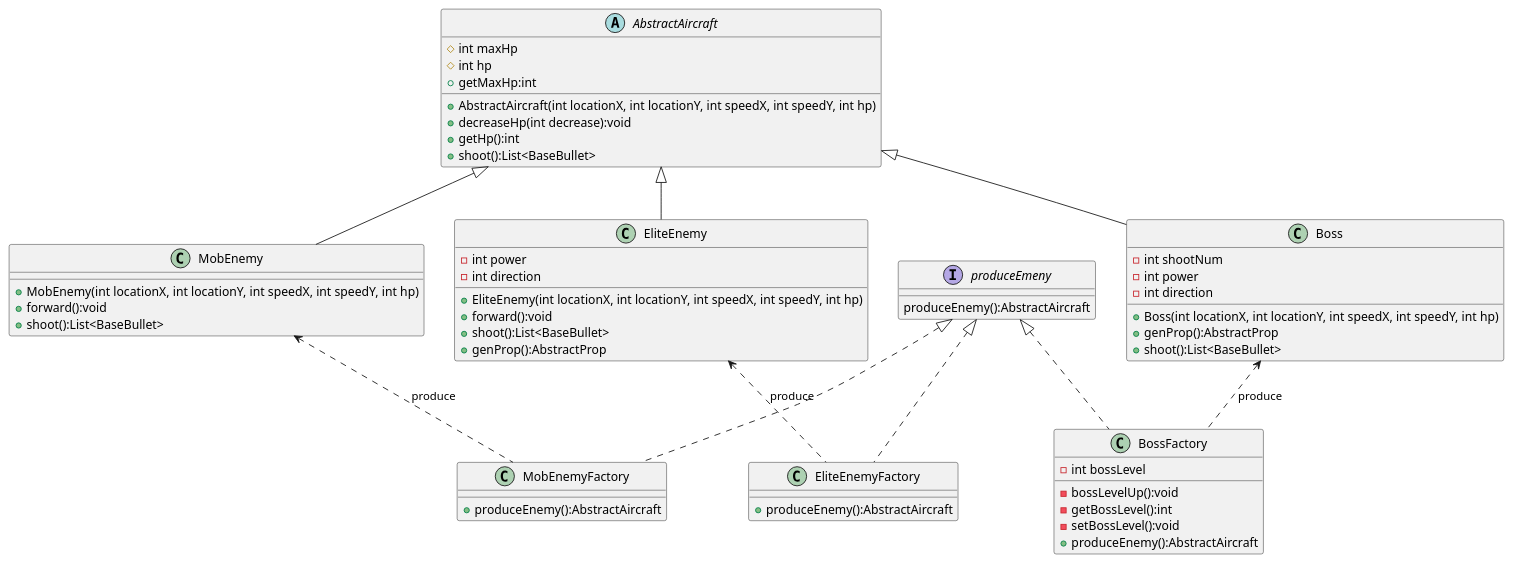
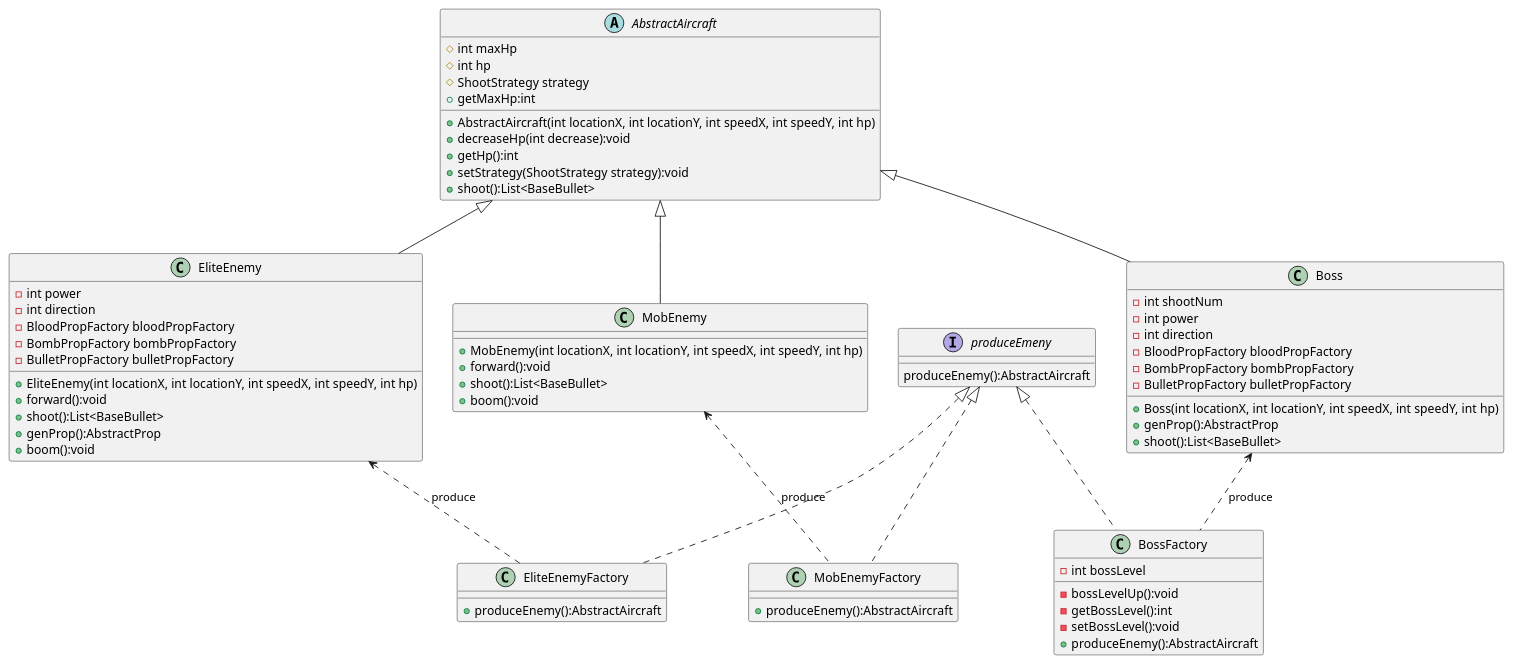
Before and after one commit to KKjimmie/AircraftWar: the diagram in uml/EnemyFactory.puml, drawn with PlantUML. The commit also changed 72 other files, not shown here.

```diff
--- a/uml/EnemyFactory.puml
+++ b/uml/EnemyFactory.puml
@@ -1,71 +1,79 @@
 @startuml
 'https://plantuml.com/class-diagram
 
 abstract class AbstractAircraft
 {
 	# int maxHp
     # int hp
+    # ShootStrategy strategy
     + AbstractAircraft(int locationX, int locationY, int speedX, int speedY, int hp)
     + decreaseHp(int decrease):void
     + getHp():int
     + getMaxHp:int
+    + setStrategy(ShootStrategy strategy):void
     + shoot():List<BaseBullet>
-
+ }
+class EliteEnemy {
+    - int power
+    - int direction
+    - BloodPropFactory bloodPropFactory
+    - BombPropFactory bombPropFactory
+    - BulletPropFactory bulletPropFactory
+    + EliteEnemy(int locationX, int locationY, int speedX, int speedY, int hp)
+    + forward():void
+    + shoot():List<BaseBullet>
+    + genProp():AbstractProp
+    + boom():void
 }
 class MobEnemy {
     + MobEnemy(int locationX, int locationY, int speedX, int speedY, int hp)
     + forward():void
     + shoot():List<BaseBullet>
-}
-
-class EliteEnemy {
-    - int power
-    - int direction
-    + EliteEnemy(int locationX, int locationY, int speedX, int speedY, int hp)
-    + forward():void
-    + shoot():List<BaseBullet>
-    + genProp():AbstractProp
+    + boom():void
 }
 
 class Boss {
     - int shootNum
     - int power
     - int direction
+    - BloodPropFactory bloodPropFactory
+    - BombPropFactory bombPropFactory
+    - BulletPropFactory bulletPropFactory
     + Boss(int locationX, int locationY, int speedX, int speedY, int hp)
     + genProp():AbstractProp
     + shoot():List<BaseBullet>
 }
 
 interface produceEmeny{
     produceEnemy():AbstractAircraft
 }
 
 class MobEnemyFactory{
     + produceEnemy():AbstractAircraft
 }
 
 class EliteEnemyFactory{
     + produceEnemy():AbstractAircraft
 }
 
 class BossFactory{
     - int bossLevel
     - bossLevelUp():void
     - getBossLevel():int
     - setBossLevel():void
     + produceEnemy():AbstractAircraft
 }
 
 AbstractAircraft <|-- MobEnemy
 AbstractAircraft <|-- EliteEnemy
 AbstractAircraft <|-- Boss
 
 produceEmeny <|.. MobEnemyFactory
 produceEmeny <|.. EliteEnemyFactory
 produceEmeny <|.. BossFactory
 
 MobEnemy <.. MobEnemyFactory : produce
 EliteEnemy <.. EliteEnemyFactory : produce
 Boss <.. BossFactory :produce
 
 @enduml
```
